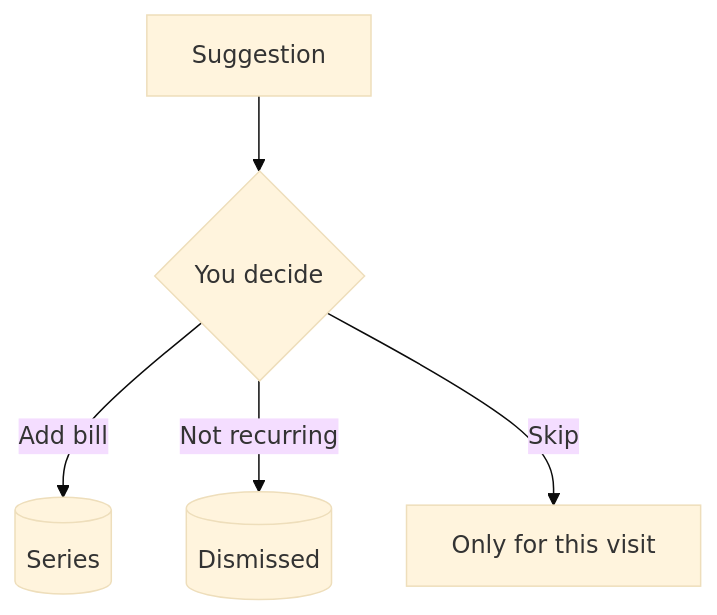
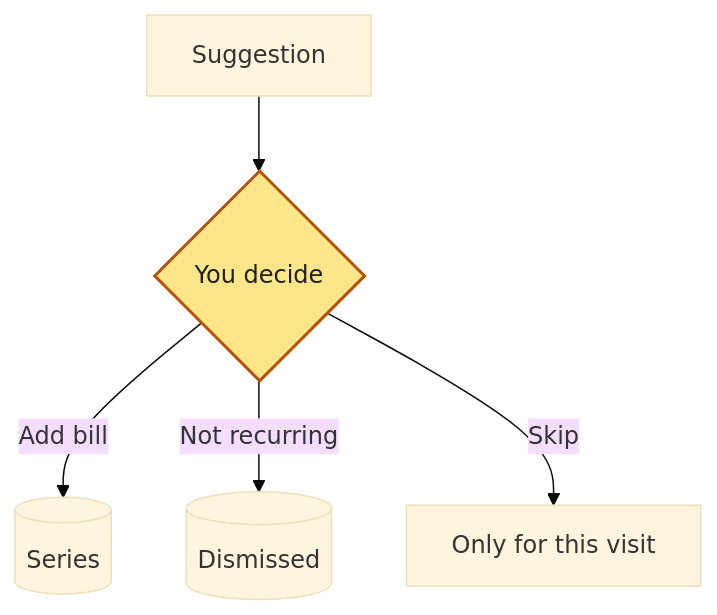
One commit to spinningyoyo/omsync changed the second of 3 diagrams in docs/architecture/recurring.md. Above: the diagram before and after it, drawn with Mermaid (base theme). The commit also changed other lines of this file and 337 other files, not shown here.

````diff
--- a/docs/architecture/recurring.md
+++ b/docs/architecture/recurring.md
@@ -24,7 +25,9 @@
 ```mermaid
 flowchart TD
     Suggest[Suggestion] --> Decide{You decide}
     Decide -->|Add bill| Series[(Series)]
     Decide -->|Not recurring| Dismissed[(Dismissed)]
     Decide -->|Skip| Visit[Only for this visit]
+    class Decide waits
+    classDef waits fill:#fde68a,stroke:#b45309,stroke-width:2px,color:#1f1f1f
 ```
````
